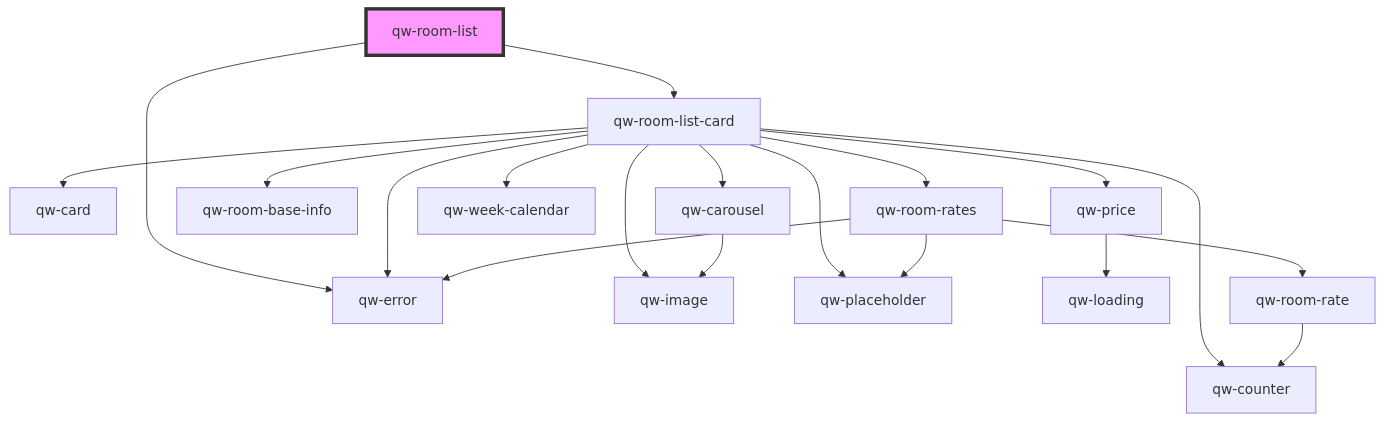
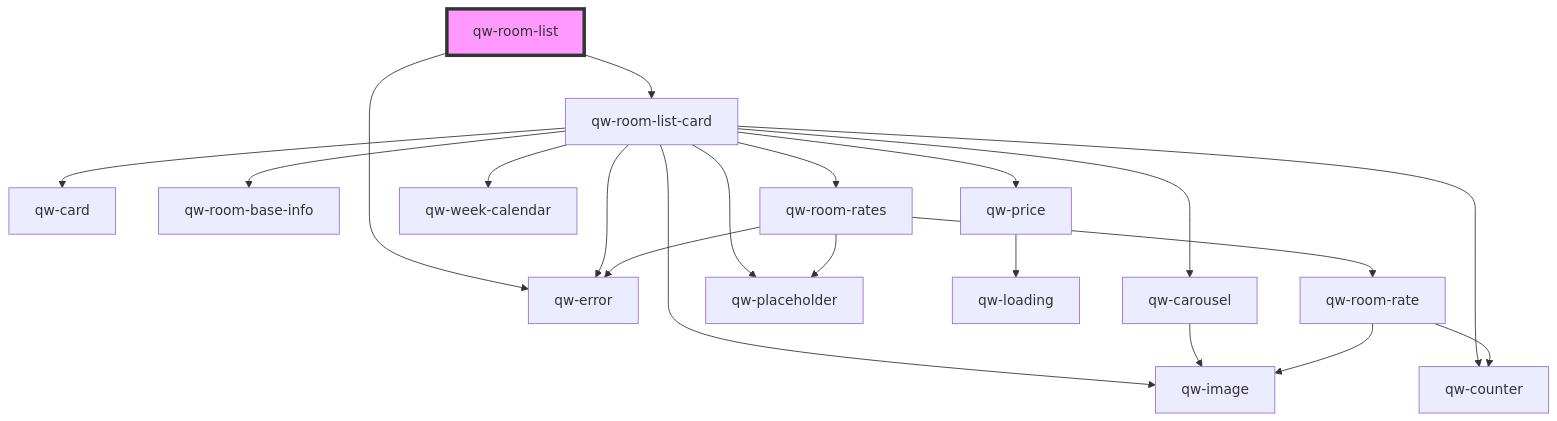
One commit to qwentes-team/qw-hotels changed the diagram in src/components/qw-room-list/readme.md. Above: the diagram before and after it, drawn with Mermaid. The commit also changed 12 other files, not shown here.

````diff
--- a/src/components/qw-room-list/readme.md
+++ b/src/components/qw-room-list/readme.md
@@ -45,22 +45,23 @@
 ```mermaid
 graph TD;
   qw-room-list --> qw-error
   qw-room-list --> qw-room-list-card
   qw-room-list-card --> qw-card
   qw-room-list-card --> qw-image
   qw-room-list-card --> qw-carousel
   qw-room-list-card --> qw-room-base-info
   qw-room-list-card --> qw-placeholder
   qw-room-list-card --> qw-price
   qw-room-list-card --> qw-error
   qw-room-list-card --> qw-week-calendar
   qw-room-list-card --> qw-room-rates
   qw-room-list-card --> qw-counter
   qw-carousel --> qw-image
   qw-price --> qw-loading
   qw-room-rates --> qw-room-rate
   qw-room-rates --> qw-placeholder
   qw-room-rates --> qw-error
   qw-room-rate --> qw-counter
+  qw-room-rate --> qw-image
   style qw-room-list fill:#f9f,stroke:#333,stroke-width:4px
 ```
````
